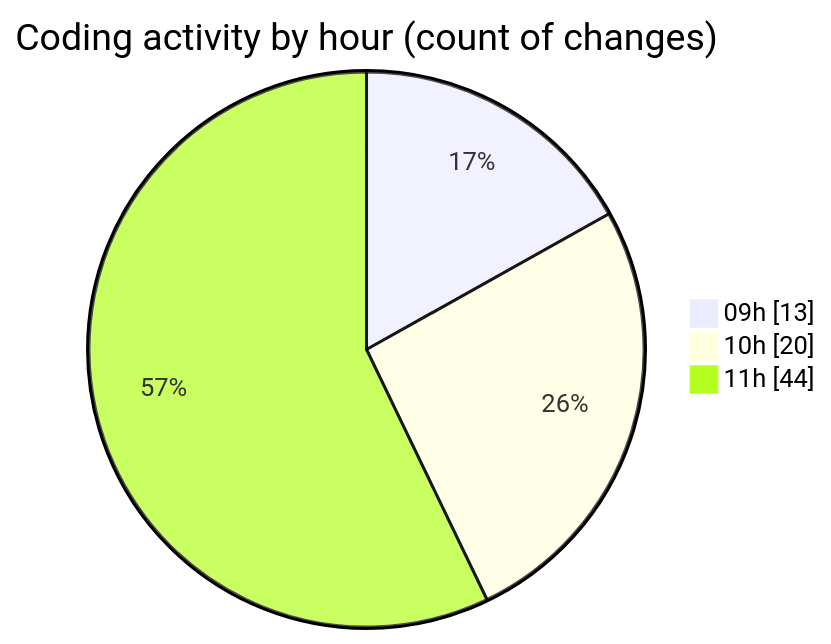
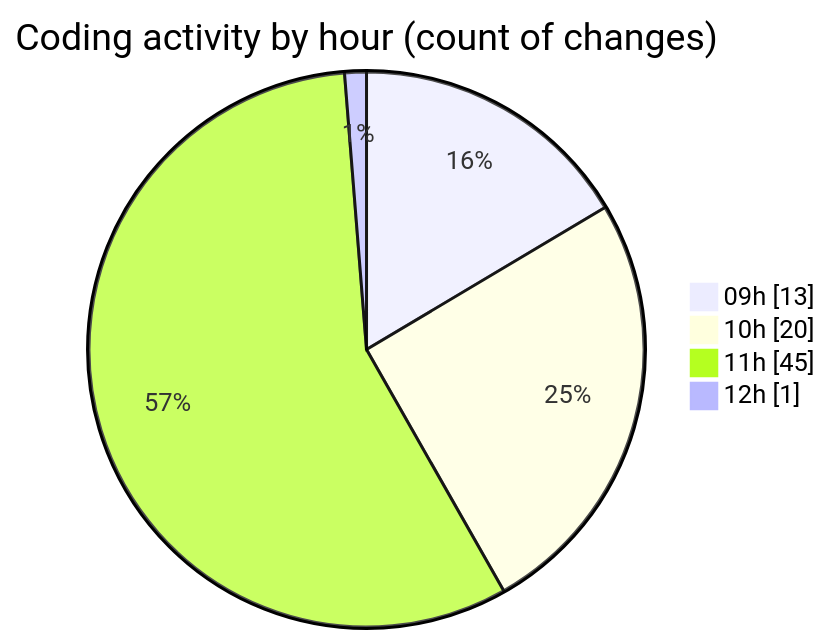
One commit to momahboobian/code-tracking changed the second of 2 diagrams in 2026-04-29/cda/README.md. Above: the diagram before and after it, drawn with Mermaid. The commit also changed other lines of this file and 1 other file, not shown here.

````diff
--- a/2026-04-29/cda/README.md
+++ b/2026-04-29/cda/README.md
@@ -42,7 +43,8 @@
 ```mermaid
 pie showData
 title Coding activity by hour (count of changes)
 "09h" : 13
 "10h" : 20
-"11h" : 44
+"11h" : 45
+"12h" : 1
 ```
````
